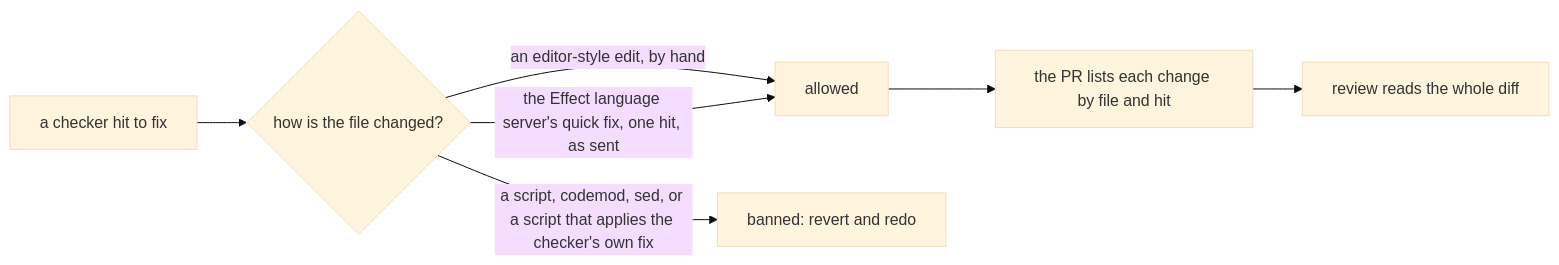
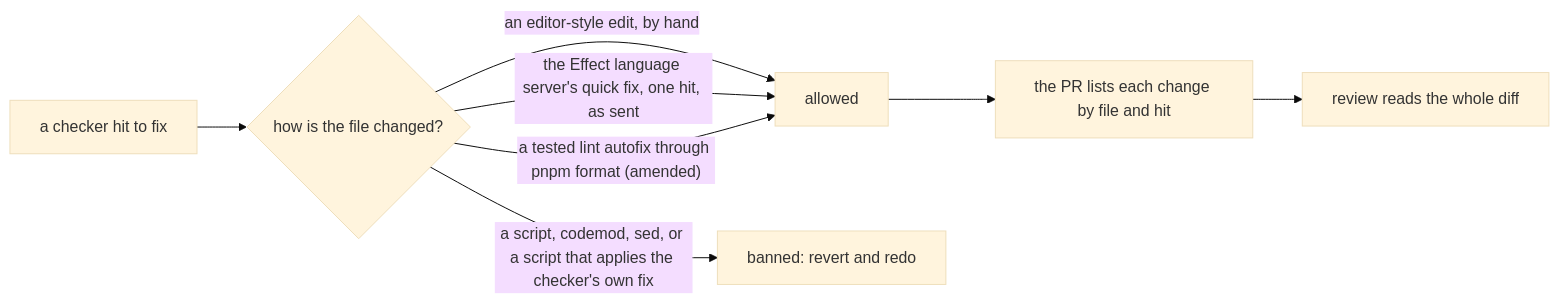
Before and after one commit to kamp-us/tea-fabrika: the diagram in .decisions/0588-no-program-edits-files-but-the-language-servers-quick-fix.md, drawn with Mermaid (base theme). The commit also changed other lines of this file, not shown here.

First line of the commit message:
Decision 0588 amended: a tested lint autofix through pnpm format is the third allowed edit route

````diff
--- a/.decisions/0588-no-program-edits-files-but-the-language-servers-quick-fix.md
+++ b/.decisions/0588-no-program-edits-files-but-the-language-servers-quick-fix.md
@@ -11,9 +11,10 @@
 ```mermaid
 flowchart LR
   hit["a checker hit to fix"] --> how{"how is the file changed?"}
   how -->|"an editor-style edit, by hand"| ok["allowed"]
   how -->|"the Effect language server's quick fix, one hit, as sent"| ok
+  how -->|"a tested lint autofix through pnpm format (amended)"| ok
   how -->|"a script, codemod, sed, or a script that applies the checker's own fix"| no["banned: revert and redo"]
   ok --> pr["the PR lists each change by file and hit"]
   pr --> review["review reads the whole diff"]
 ```
````
